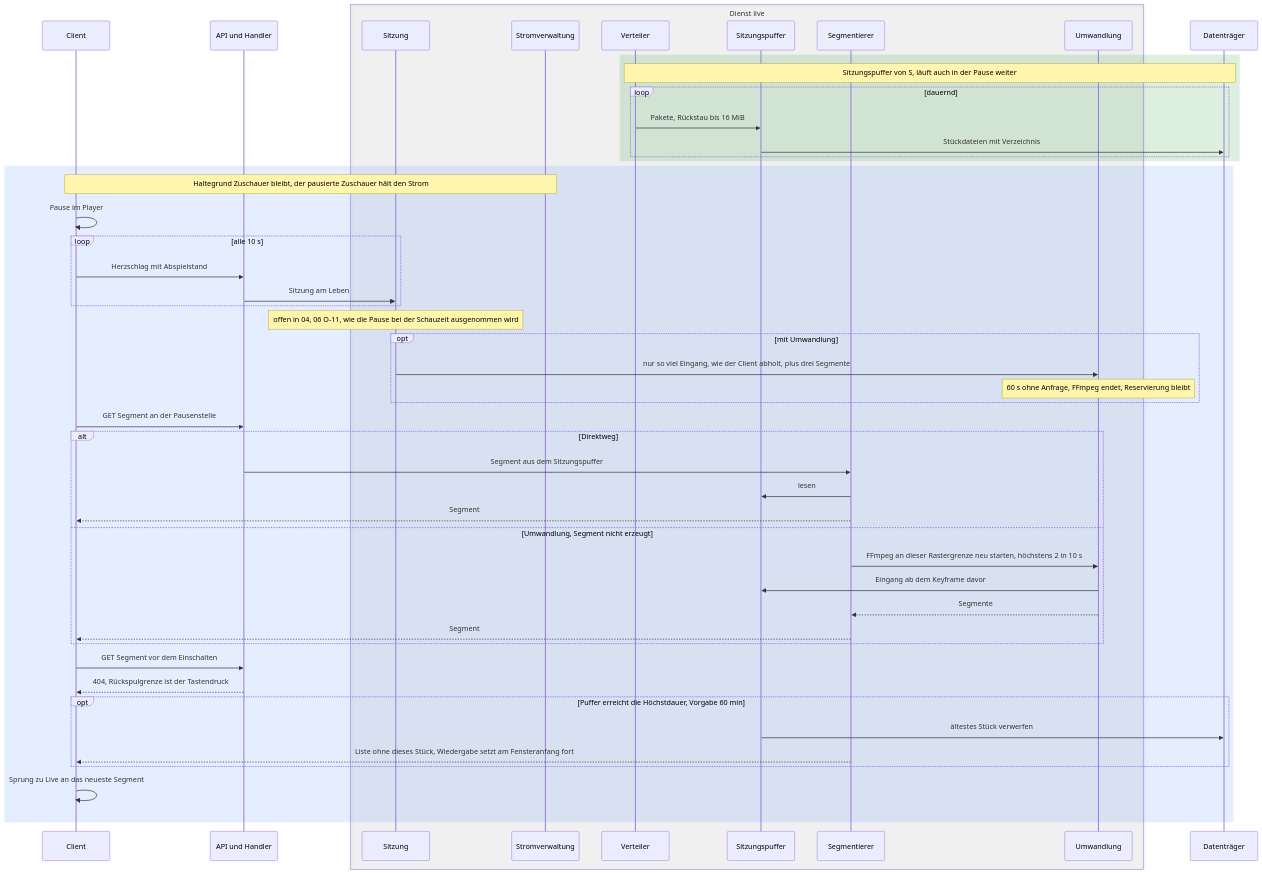
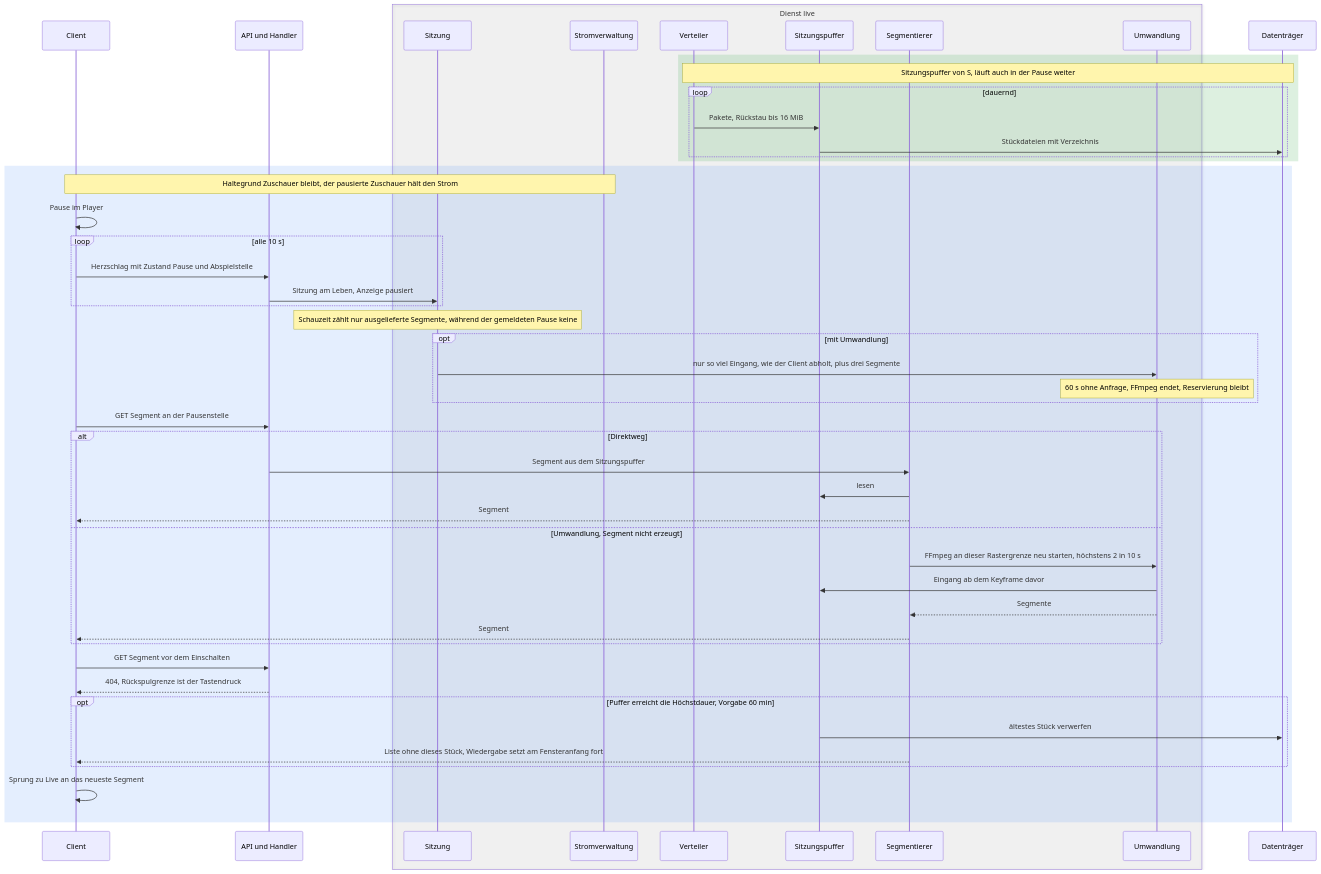
The seventh of 22 diagrams in docs/planning/28-live-tv/06-ablaeufe.md (SlouchCat/slouchcat), drawn with Mermaid before and after one commit. The commit also changed other lines of this file, not shown here.

Commit message:
docs(planning): concept 28 live TV, flows after consolidation 1

````diff
--- a/docs/planning/28-live-tv/06-ablaeufe.md
+++ b/docs/planning/28-live-tv/06-ablaeufe.md
@@ -555,53 +581,53 @@
 ```mermaid
 sequenceDiagram
   participant CL as Client
   participant API as API und Handler
   box rgba(128,128,128,0.08) Dienst live
     participant SES as Sitzung
     participant STR as Stromverwaltung
     participant VT as Verteiler
     participant SP as Sitzungspuffer
     participant SEG as Segmentierer
     participant UW as Umwandlung
   end
   participant DSK as Datenträger
 
   rect rgba(46,160,67,0.16)
     Note over VT,DSK: Sitzungspuffer von S, läuft auch in der Pause weiter
     loop dauernd
       VT->>SP: Pakete, Rückstau bis 16 MiB
       SP->>DSK: Stückdateien mit Verzeichnis
     end
   end
   rect rgba(66,135,245,0.14)
     Note over CL,STR: Haltegrund Zuschauer bleibt, der pausierte Zuschauer hält den Strom
     CL->>CL: Pause im Player
     loop alle 10 s
-      CL->>API: Herzschlag mit Abspielstand
-      API->>SES: Sitzung am Leben
+      CL->>API: Herzschlag mit Zustand Pause und Abspielstelle
+      API->>SES: Sitzung am Leben, Anzeige pausiert
     end
-    Note over SES: offen in 04, 06 O-11, wie die Pause bei der Schauzeit ausgenommen wird
+    Note over SES: Schauzeit zählt nur ausgelieferte Segmente, während der gemeldeten Pause keine
     opt mit Umwandlung
       SES->>UW: nur so viel Eingang, wie der Client abholt, plus drei Segmente
       Note over UW: 60 s ohne Anfrage, FFmpeg endet, Reservierung bleibt
     end
     CL->>API: GET Segment an der Pausenstelle
     alt Direktweg
       API->>SEG: Segment aus dem Sitzungspuffer
       SEG->>SP: lesen
       SEG-->>CL: Segment
     else Umwandlung, Segment nicht erzeugt
       SEG->>UW: FFmpeg an dieser Rastergrenze neu starten, höchstens 2 in 10 s
       UW->>SP: Eingang ab dem Keyframe davor
       UW-->>SEG: Segmente
       SEG-->>CL: Segment
     end
     CL->>API: GET Segment vor dem Einschalten
     API-->>CL: 404, Rückspulgrenze ist der Tastendruck
     opt Puffer erreicht die Höchstdauer, Vorgabe 60 min
       SP->>DSK: ältestes Stück verwerfen
       SEG-->>CL: Liste ohne dieses Stück, Wiedergabe setzt am Fensteranfang fort
     end
     CL->>CL: Sprung zu Live an das neueste Segment
   end
 ```
````
